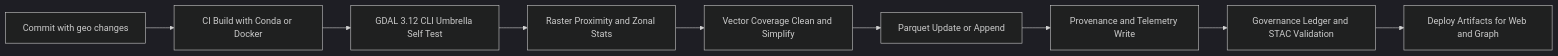
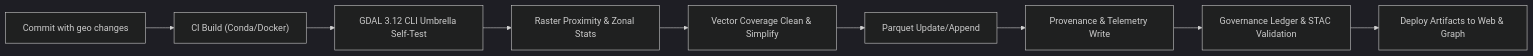
One commit to bartytime4life/Kansas-Frontier-Matrix changed the diagram in docs/guides/geo/gdal-3.12-upgrade.md. Above: the diagram before and after it, drawn with Mermaid (dark theme). The commit also changed other lines of this file, not shown here.

````diff
--- a/docs/guides/geo/gdal-3.12-upgrade.md
+++ b/docs/guides/geo/gdal-3.12-upgrade.md
@@ -259,11 +265,11 @@
 ```mermaid
 flowchart LR
-A["Commit with geo changes"] --> B["CI Build with Conda or Docker"]
-B --> C["GDAL 3.12 CLI Umbrella Self Test"]
-C --> D["Raster Proximity and Zonal Stats"]
-D --> E["Vector Coverage Clean and Simplify"]
-E --> F["Parquet Update or Append"]
-F --> G["Provenance and Telemetry Write"]
-G --> H["Governance Ledger and STAC Validation"]
-H --> I["Deploy Artifacts for Web and Graph"]
+A["Commit with geo changes"] --> B["CI Build (Conda/Docker)"]
+B --> C["GDAL 3.12 CLI Umbrella Self-Test"]
+C --> D["Raster Proximity & Zonal Stats"]
+D --> E["Vector Coverage Clean & Simplify"]
+E --> F["Parquet Update/Append"]
+F --> G["Provenance & Telemetry Write"]
+G --> H["Governance Ledger & STAC Validation"]
+H --> I["Deploy Artifacts to Web & Graph"]
 ```
````
